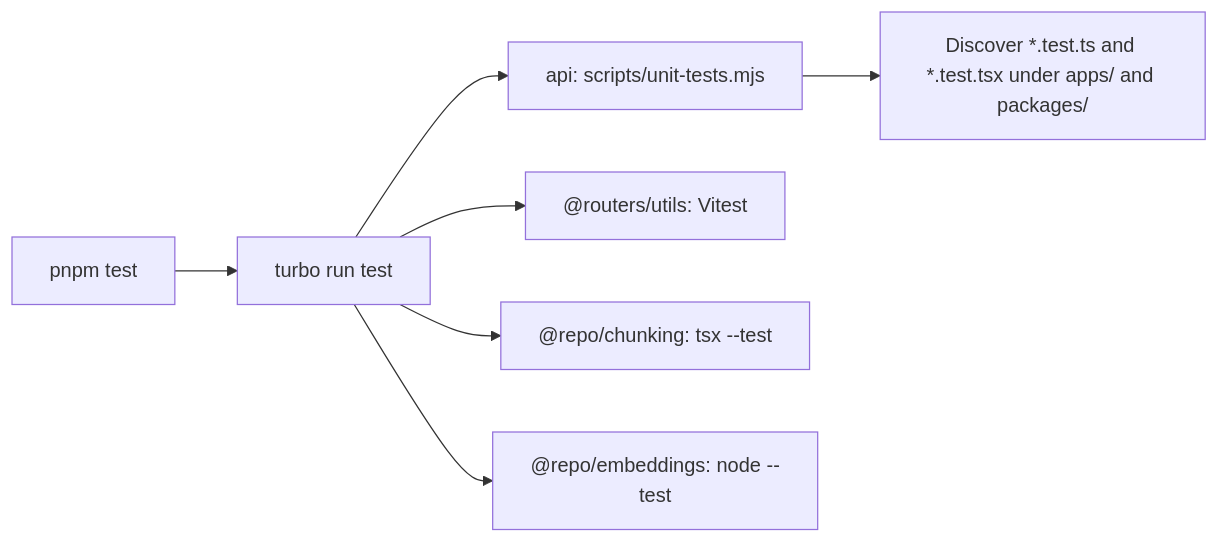
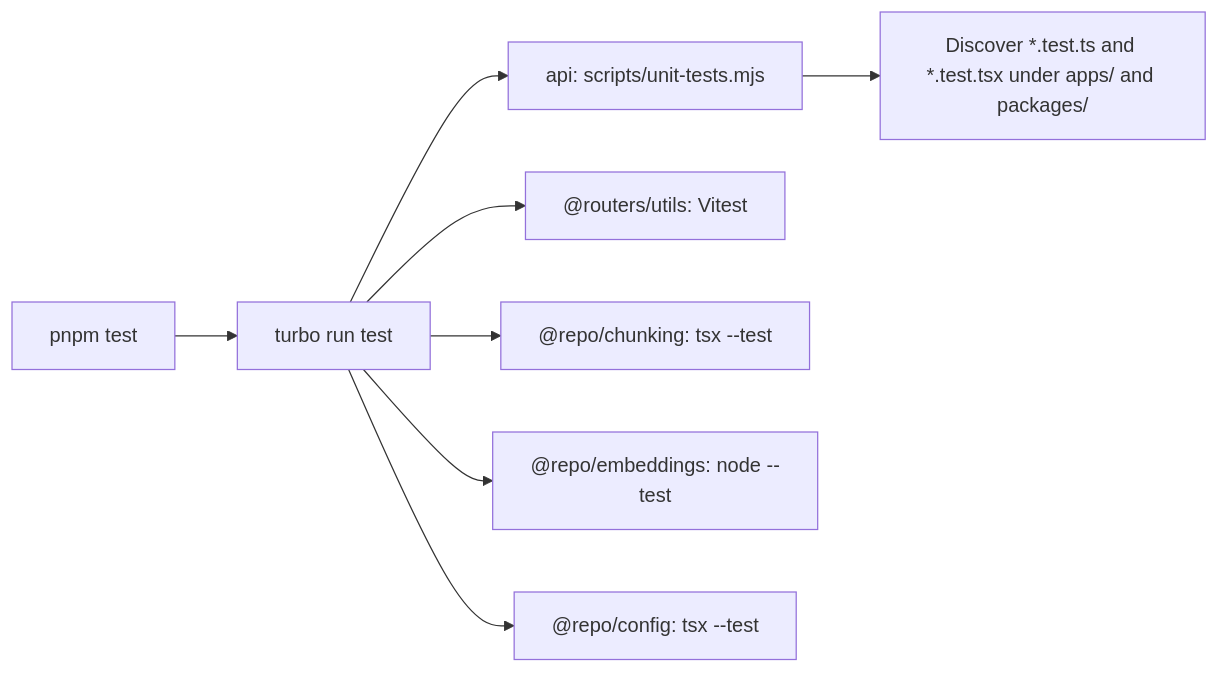
The diagram in docs/testing.md (SimonLoir/vectorix), drawn with Mermaid before and after one commit. The commit also changed other lines of this file and 24 other files, not shown here.

````diff
--- a/docs/testing.md
+++ b/docs/testing.md
@@ -7,9 +7,10 @@
 ```mermaid
 flowchart LR
     A["pnpm test"] --> B["turbo run test"]
     B --> C["api: scripts/unit-tests.mjs"]
     B --> D["@routers/utils: Vitest"]
     B --> E["@repo/chunking: tsx --test"]
     B --> F["@repo/embeddings: node --test"]
+    B --> H["@repo/config: tsx --test"]
     C --> G["Discover *.test.ts and *.test.tsx under apps/ and packages/"]
 ```
````
